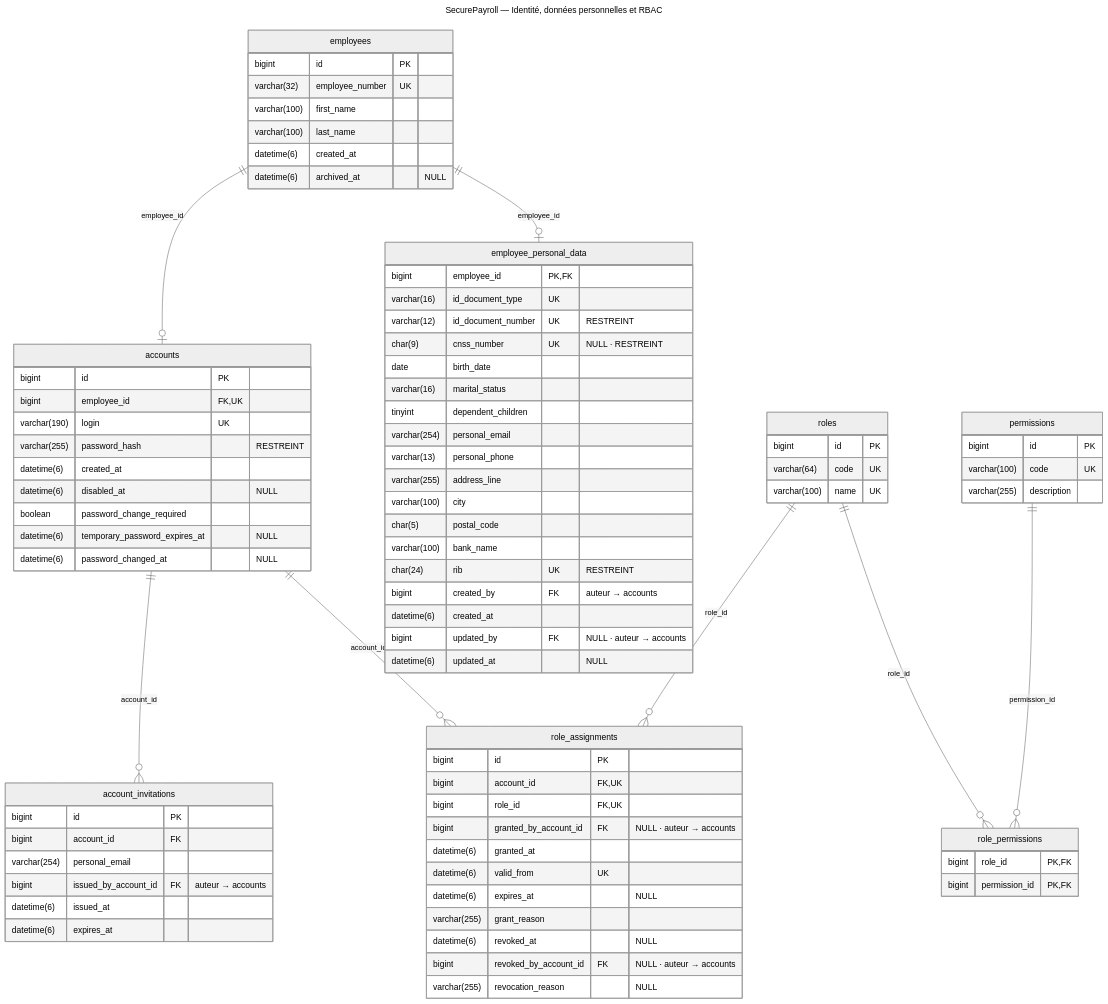
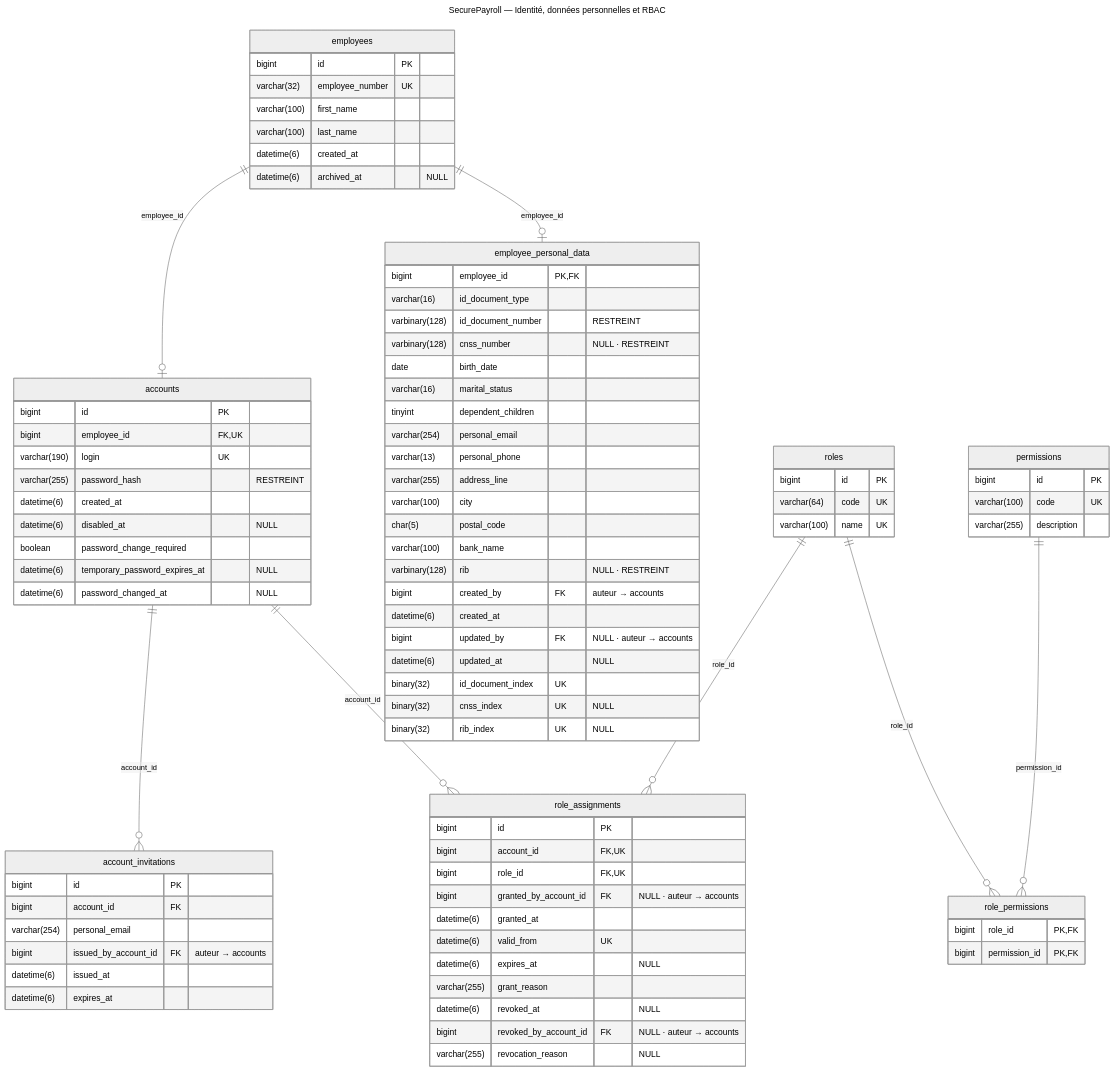
The diagram in docs/security-assessment/erd/ERD-01-IDENTITE-RBAC.mmd (Renzo0023/secure_payroll_project), drawn with Mermaid (neutral theme) before and after one commit. The commit also changed 14 other files, not shown here.

```diff
--- a/docs/security-assessment/erd/ERD-01-IDENTITE-RBAC.mmd
+++ b/docs/security-assessment/erd/ERD-01-IDENTITE-RBAC.mmd
@@ -1,85 +1,88 @@
 ---
 title: SecurePayroll — Identité, données personnelles et RBAC
 ---
 erDiagram
     employees {
         bigint id PK
         varchar(32) employee_number UK
         varchar(100) first_name
         varchar(100) last_name
         datetime(6) created_at
         datetime(6) archived_at "NULL"
     }
     employee_personal_data {
         bigint employee_id PK, FK
-        varchar(16) id_document_type UK
-        varchar(12) id_document_number UK "RESTREINT"
-        char(9) cnss_number UK "NULL · RESTREINT"
+        varchar(16) id_document_type
+        varbinary(128) id_document_number "RESTREINT"
+        varbinary(128) cnss_number "NULL · RESTREINT"
         date birth_date
         varchar(16) marital_status
         tinyint dependent_children
         varchar(254) personal_email
         varchar(13) personal_phone
         varchar(255) address_line
         varchar(100) city
         char(5) postal_code
         varchar(100) bank_name
-        char(24) rib UK "RESTREINT"
+        varbinary(128) rib "NULL · RESTREINT"
         bigint created_by FK "auteur → accounts"
         datetime(6) created_at
         bigint updated_by FK "NULL · auteur → accounts"
         datetime(6) updated_at "NULL"
+        binary(32) id_document_index UK
+        binary(32) cnss_index UK "NULL"
+        binary(32) rib_index UK "NULL"
     }
     accounts {
         bigint id PK
         bigint employee_id FK, UK
         varchar(190) login UK
         varchar(255) password_hash "RESTREINT"
         datetime(6) created_at
         datetime(6) disabled_at "NULL"
         boolean password_change_required
         datetime(6) temporary_password_expires_at "NULL"
         datetime(6) password_changed_at "NULL"
     }
     roles {
         bigint id PK
         varchar(64) code UK
         varchar(100) name UK
     }
     permissions {
         bigint id PK
         varchar(100) code UK
         varchar(255) description
     }
     role_permissions {
         bigint role_id PK, FK
         bigint permission_id PK, FK
     }
     role_assignments {
         bigint id PK
         bigint account_id FK, UK
         bigint role_id FK, UK
         bigint granted_by_account_id FK "NULL · auteur → accounts"
         datetime(6) granted_at
         datetime(6) valid_from UK
         datetime(6) expires_at "NULL"
         varchar(255) grant_reason
         datetime(6) revoked_at "NULL"
         bigint revoked_by_account_id FK "NULL · auteur → accounts"
         varchar(255) revocation_reason "NULL"
     }
     account_invitations {
         bigint id PK
         bigint account_id FK
         varchar(254) personal_email
         bigint issued_by_account_id FK "auteur → accounts"
         datetime(6) issued_at
         datetime(6) expires_at
     }
     employees ||--o| employee_personal_data : "employee_id"
     employees ||--o| accounts : "employee_id"
     roles ||--o{ role_permissions : "role_id"
     permissions ||--o{ role_permissions : "permission_id"
     accounts ||--o{ role_assignments : "account_id"
     roles ||--o{ role_assignments : "role_id"
     accounts ||--o{ account_invitations : "account_id"
```
